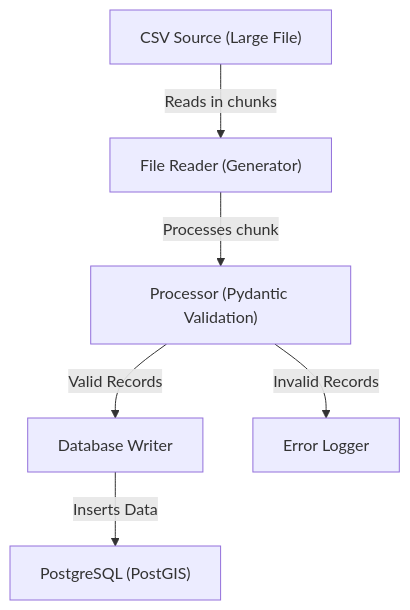
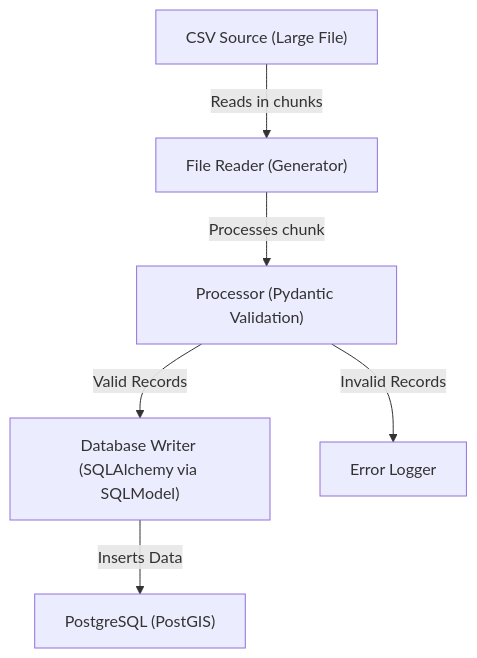
The diagram in README.md (alexmitelman/data-ingestion), drawn with Mermaid before and after one commit.

Commit message:
SQLAlchemy via SQLModel

````diff
--- a/README.md
+++ b/README.md
@@ -31,9 +31,9 @@
 ```mermaid
 graph TD;
     A["CSV Source (Large File)"] -->|Reads in chunks| B["File Reader (Generator)"];
     B -->|Processes chunk| C["Processor (Pydantic Validation)"];
-    C -- Valid Records --> D["Database Writer"];
+    C -- Valid Records --> D["Database Writer (SQLAlchemy via SQLModel)"];
     C -- Invalid Records --> E["Error Logger"];
     
     D -->|Inserts Data| H["PostgreSQL (PostGIS)"];
 ```
````
